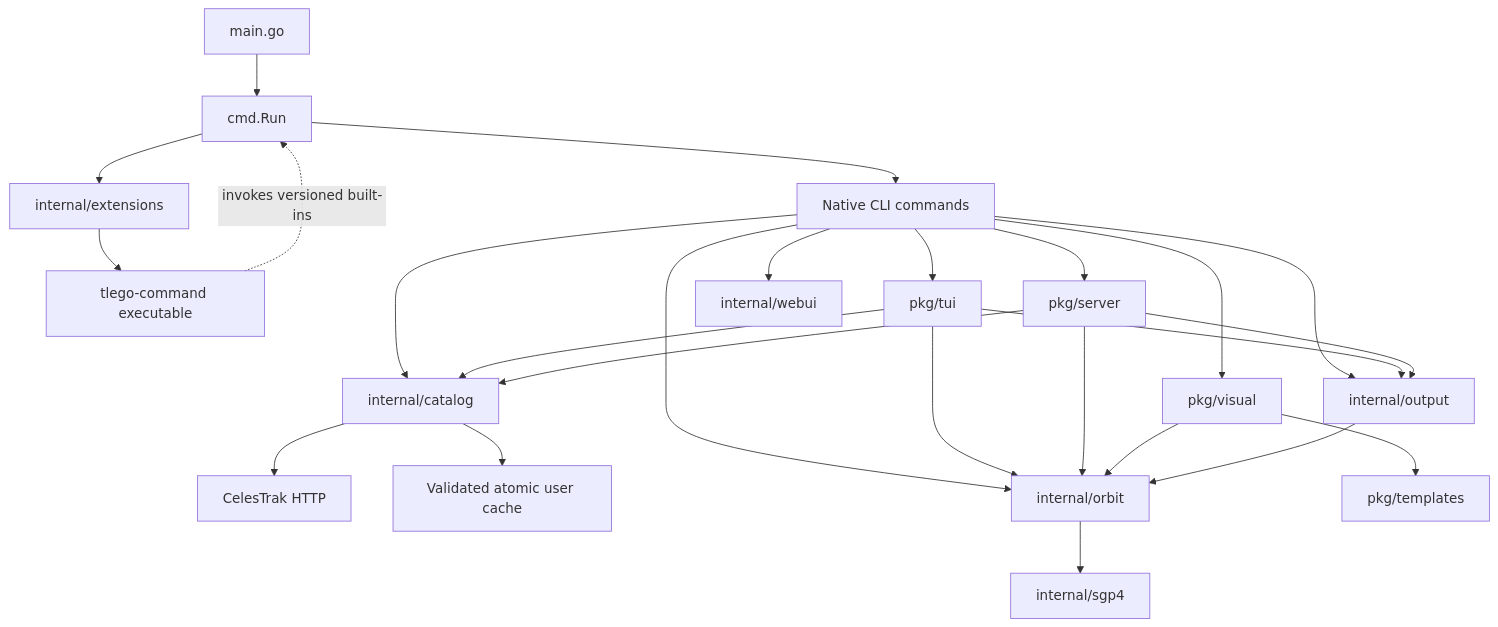
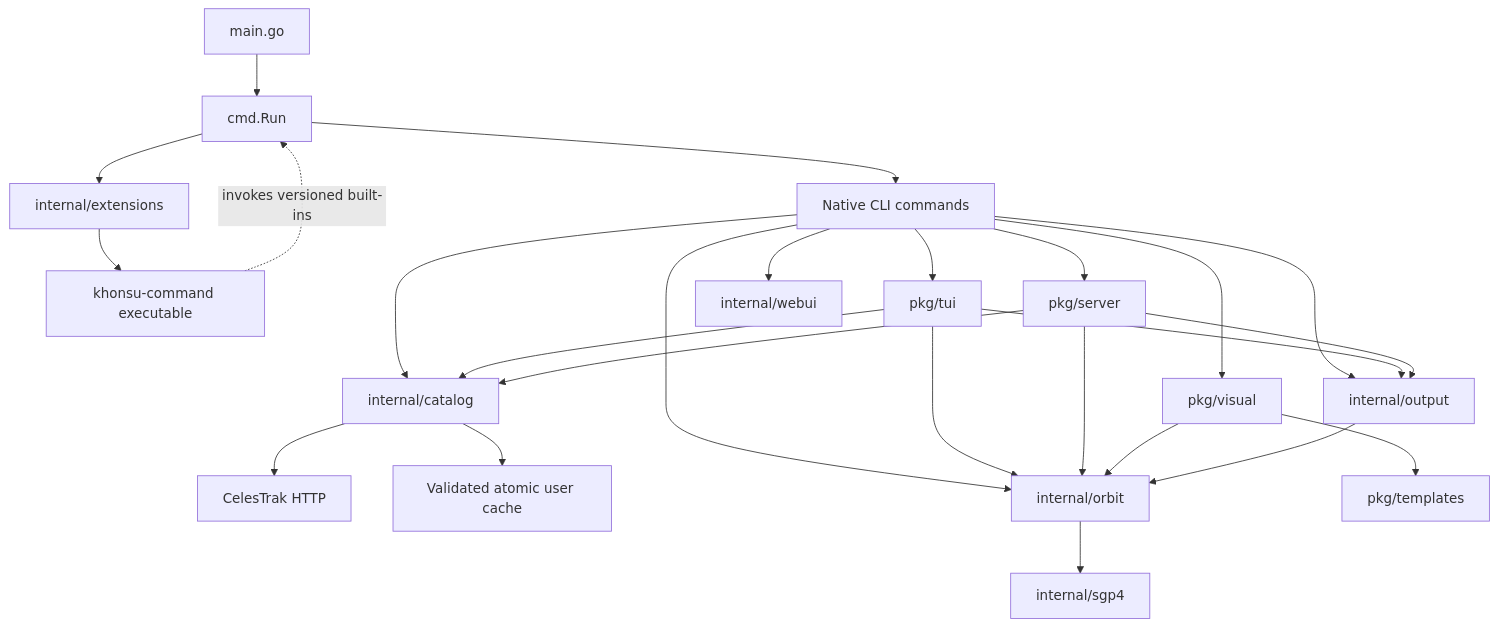
Before and after one commit to Mohammed-Ashour/tlego: the diagram in ARCHITECTURE.md, drawn with Mermaid. The commit also changed other lines of this file and 126 other files, not shown here.

First line of the commit message:
Rename TLEGO to Khonsu and rebrand (#61)

````diff
--- a/ARCHITECTURE.md
+++ b/ARCHITECTURE.md
@@ -19,27 +19,27 @@
 ```mermaid
 flowchart TD
     Main[main.go] --> Run[cmd.Run]
     Run --> CLI[Native CLI commands]
     Run --> Extensions[internal/extensions]
-    Extensions --> External[tlego-command executable]
+    Extensions --> External[khonsu-command executable]
     CLI --> TUI[pkg/tui]
     CLI --> HTTP[pkg/server]
     CLI --> WebUI[internal/webui]
     CLI --> Visual[pkg/visual]
     CLI --> Catalog[internal/catalog]
     TUI --> Catalog
     HTTP --> Catalog
     Catalog --> Provider[CelesTrak HTTP]
     Catalog --> Cache[Validated atomic user cache]
     CLI --> Orbit[internal/orbit]
     TUI --> Orbit
     HTTP --> Orbit
     Visual --> Orbit
     Orbit --> SGP4[internal/sgp4]
     CLI --> Output[internal/output]
     TUI --> Output
     HTTP --> Output
     Output --> Orbit
     Visual --> Templates[pkg/templates]
     External -. invokes versioned built-ins .-> Run
 ```
````
